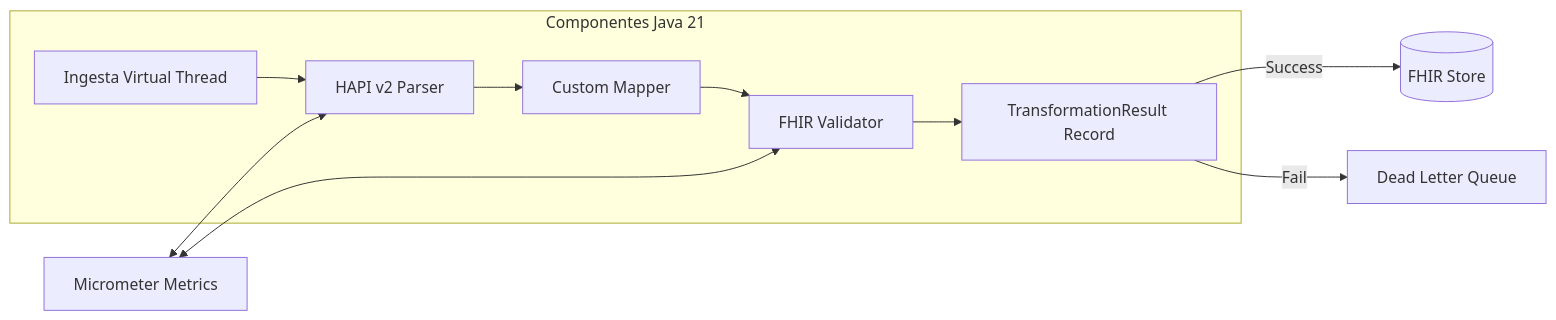
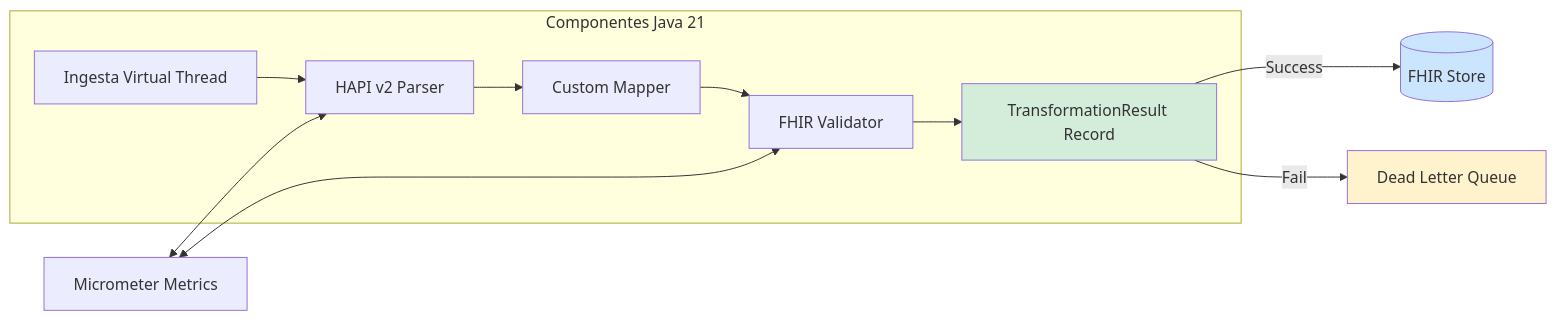
One commit to Joaquinriosheredia/DAM-Java-Mastery changed the second of 4 diagrams in 09_HealthTech/hapi_fhir_transformador_hl7_v2_a_fhir_bundle_java_21_STAFF.md. Above: the diagram before and after it, drawn with Mermaid. The commit also changed other lines of this file, not shown here.

````diff
--- a/09_HealthTech/hapi_fhir_transformador_hl7_v2_a_fhir_bundle_java_21_STAFF.md
+++ b/09_HealthTech/hapi_fhir_transformador_hl7_v2_a_fhir_bundle_java_21_STAFF.md
@@ -96,15 +152,19 @@
 ```mermaid
 graph LR
     subgraph "Componentes Java 21"
         ING[Ingesta Virtual Thread] --> PARSER[HAPI v2 Parser]
         PARSER --> MAPPER[Custom Mapper]
         MAPPER --> VALIDATOR[FHIR Validator]
         VALIDATOR --> RESULT[TransformationResult Record]
     end
     
     RESULT -->|Success| DB[(FHIR Store)]
     RESULT -->|Fail| DLQ[Dead Letter Queue]
     
     MET[Micrometer Metrics] <--> PARSER
     MET <--> VALIDATOR
+    
+    style RESULT fill:#d4edda
+    style DLQ fill:#fff3cd
+    style DB fill:#cce5ff
 ```
````
